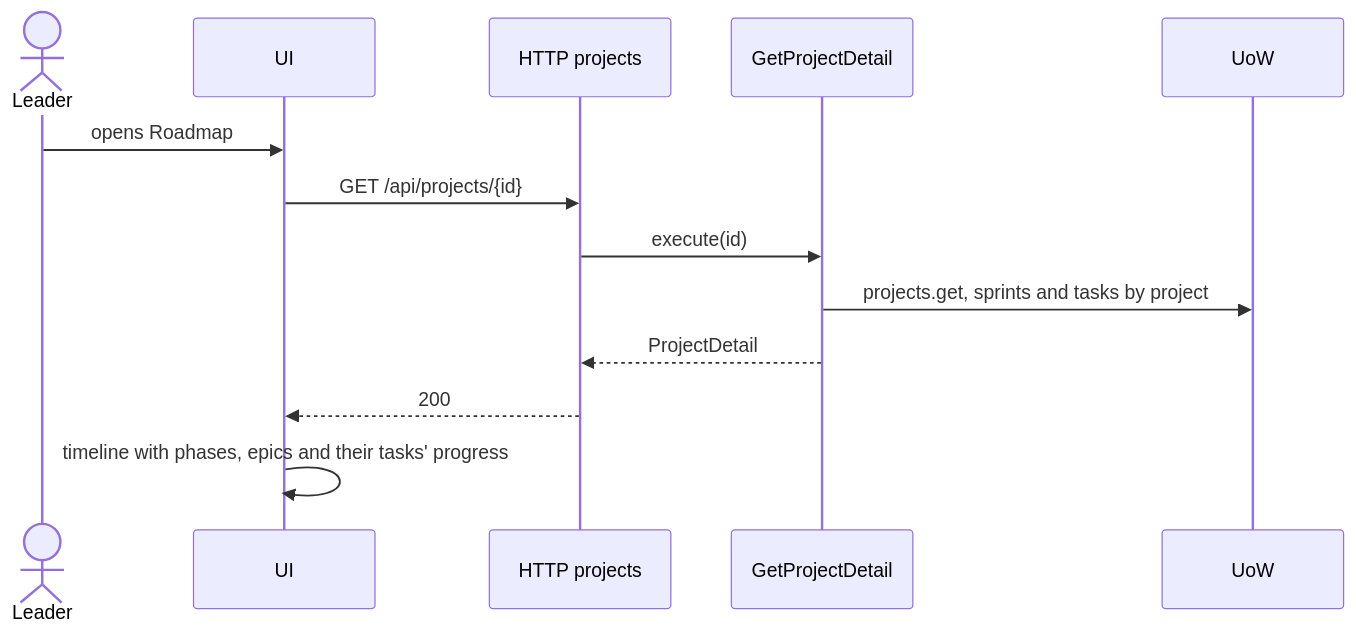
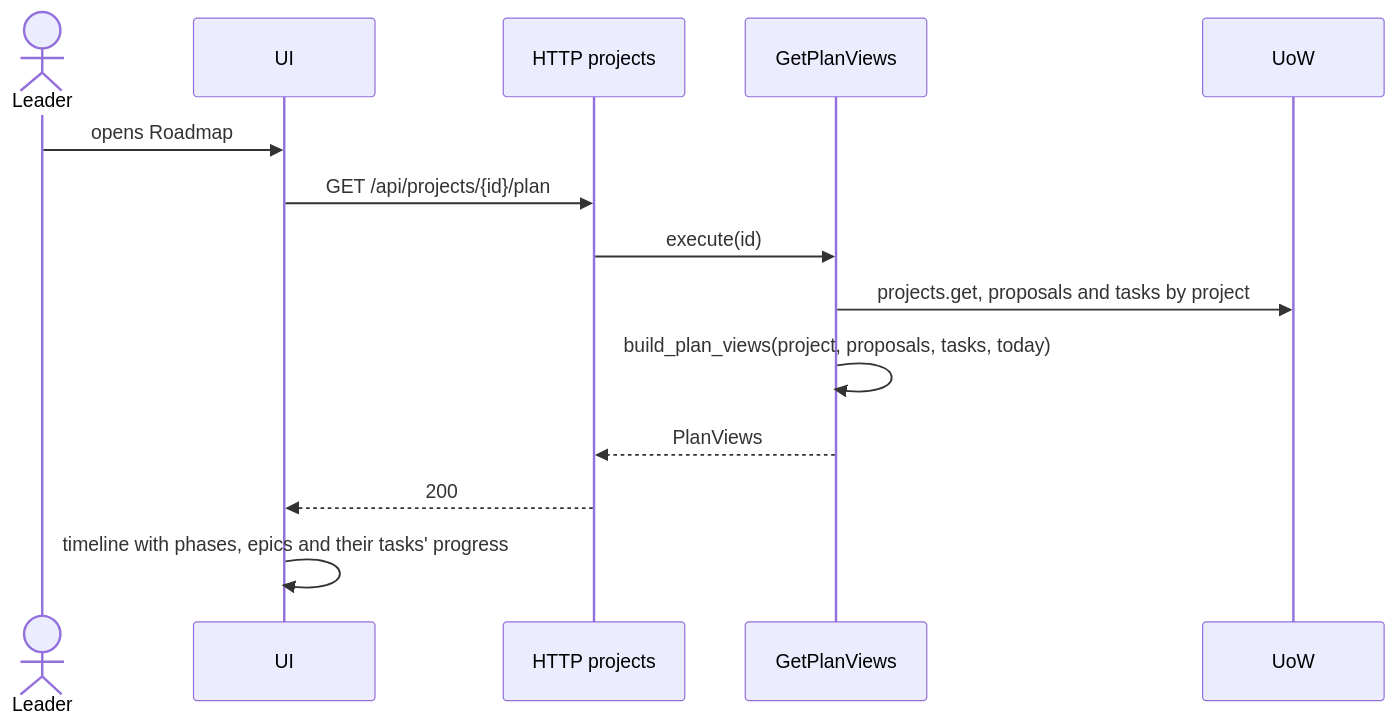
Diagram 11 of 18 in plan/use-cases.md (Mitchz01/TransparencIA), drawn with Mermaid before and after one commit. The commit also changed other lines of this file and 4 other files, not shown here.

````diff
--- a/plan/use-cases.md
+++ b/plan/use-cases.md
@@ -370,16 +380,17 @@
 ```mermaid
 sequenceDiagram
     actor L as Leader
     participant UI
     participant HTTP as HTTP projects
-    participant UC as GetProjectDetail
+    participant UC as GetPlanViews
     participant UoW
 
     L->>UI: opens Roadmap
-    UI->>HTTP: GET /api/projects/{id}
+    UI->>HTTP: GET /api/projects/{id}/plan
     HTTP->>UC: execute(id)
-    UC->>UoW: projects.get, sprints and tasks by project
-    UC-->>HTTP: ProjectDetail
+    UC->>UoW: projects.get, proposals and tasks by project
+    UC->>UC: build_plan_views(project, proposals, tasks, today)
+    UC-->>HTTP: PlanViews
     HTTP-->>UI: 200
     UI->>UI: timeline with phases, epics and their tasks' progress
 ```
````
